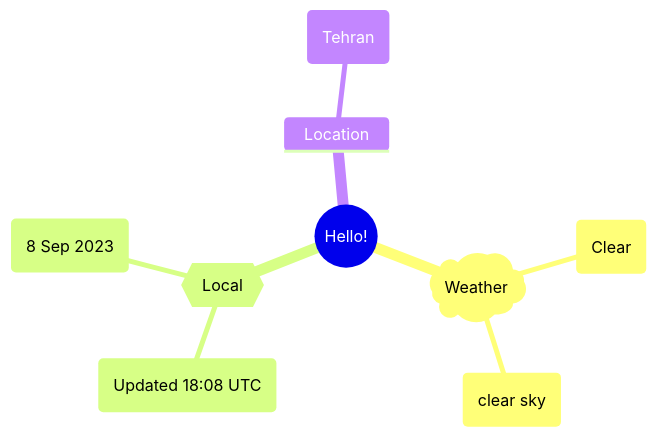
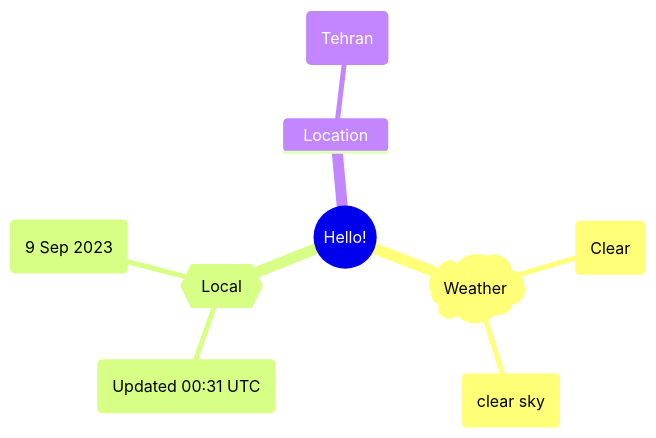
The first of 2 diagrams in README.md (Xosrov/Xosrov), drawn with Mermaid before and after one commit.

Commit message:
[bot] updated images

````diff
--- a/README.md
+++ b/README.md
@@ -3,12 +3,12 @@
 ```mermaid
 mindmap
   root((Hello!))
     )Weather(
         (Clear)
         (clear sky)
     {{Local}}
-        (Updated 18:08 UTC)
-        (8 Sep 2023)
+        (Updated 00:31 UTC)
+        (9 Sep 2023)
     Location
         (Tehran)
 ```
````
